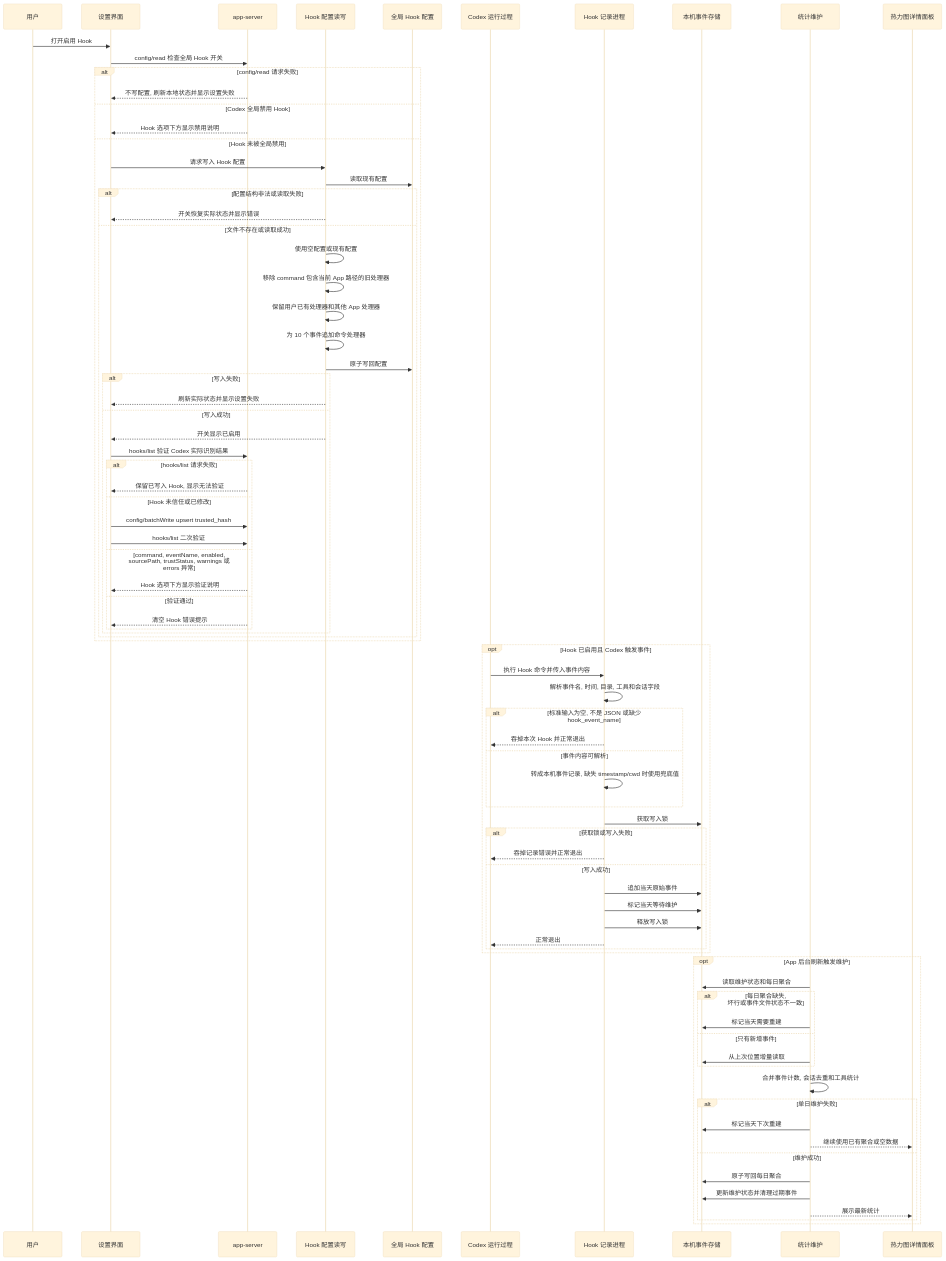
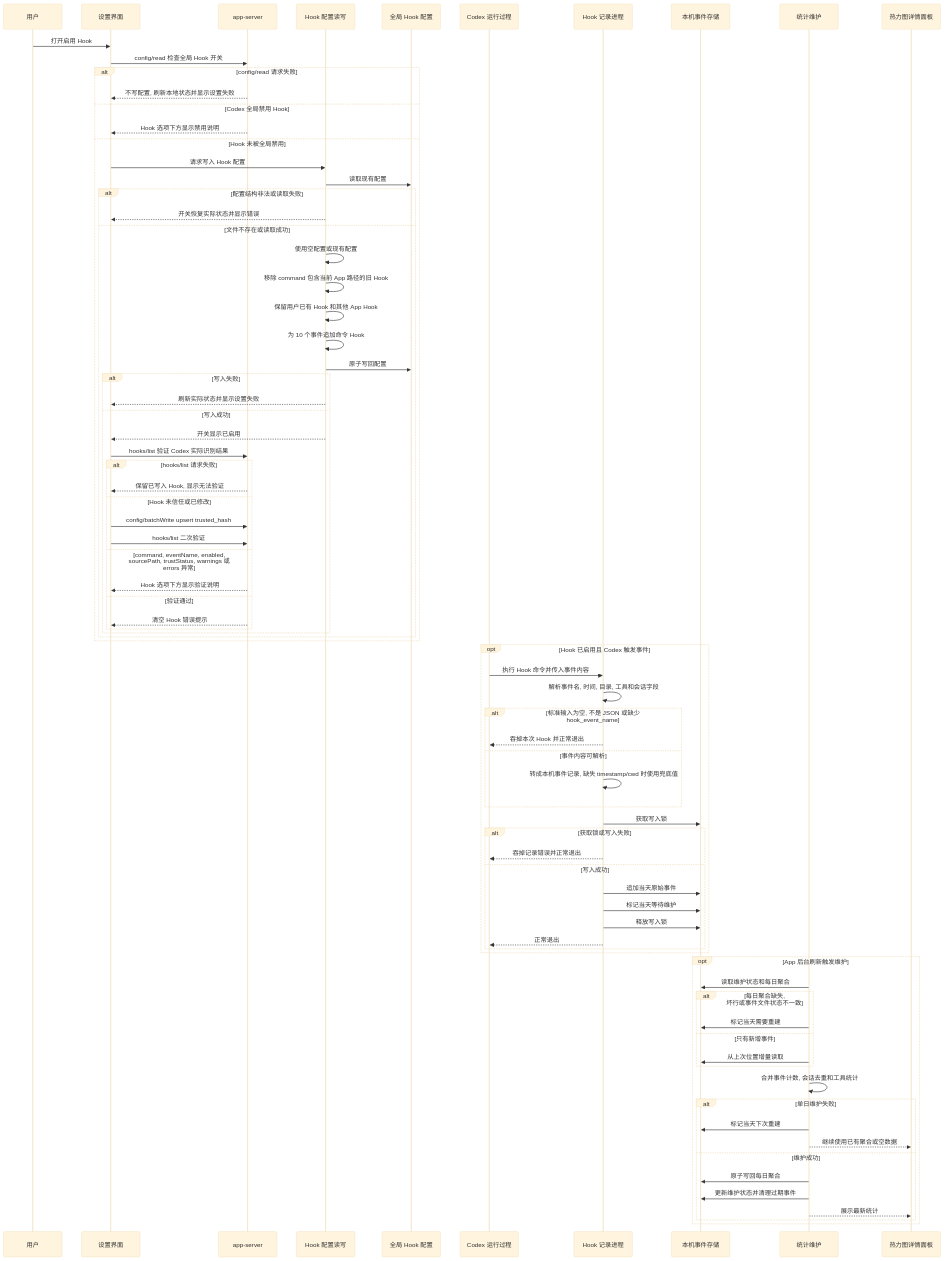
The fourth of 6 diagrams in Docs/DevelopmentGuide.md (bob-zebedy/CodexBar), drawn with Mermaid (base theme) before and after one commit. The commit also changed other lines of this file and 16 other files, not shown here.

```diff
--- a/Docs/DevelopmentGuide.md
+++ b/Docs/DevelopmentGuide.md
@@ -644,9 +651,9 @@
             Config-->>Settings: 开关恢复实际状态并显示错误
         else 文件不存在或读取成功
             Config->>Config: 使用空配置或现有配置
-            Config->>Config: 移除 command 包含当前 App 路径的旧处理器
-            Config->>Config: 保留用户已有处理器和其他 App 处理器
-            Config->>Config: 为 10 个事件追加命令处理器
+            Config->>Config: 移除 command 包含当前 App 路径的旧 Hook
+            Config->>Config: 保留用户已有 Hook 和其他 App Hook
+            Config->>Config: 为 10 个事件追加命令 Hook
             Config->>File: 原子写回配置
             alt 写入失败
                 Config-->>Settings: 刷新实际状态并显示设置失败
```
